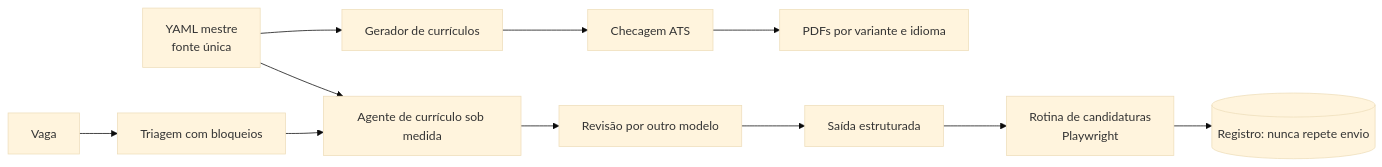
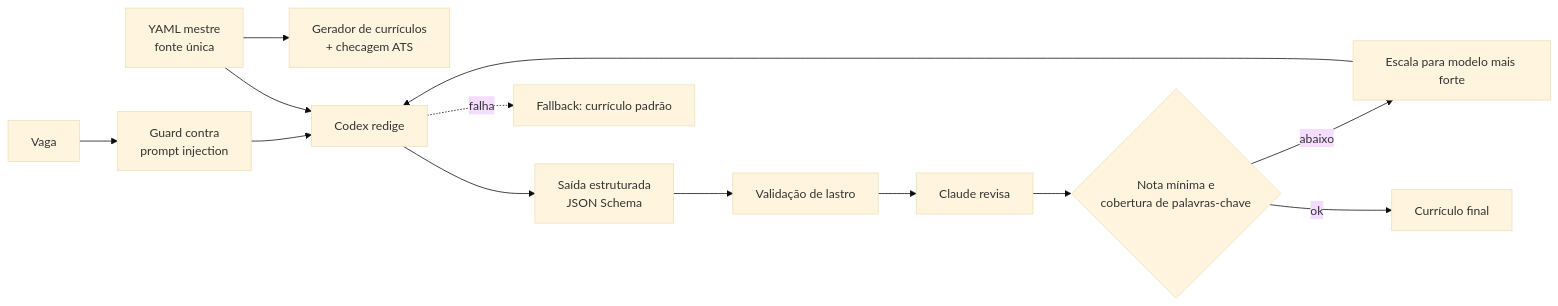
One commit to DevAlify/engineering-cases changed the diagram in cases/career-automation.md. Above: the diagram before and after it, drawn with Mermaid (base theme). The commit also changed other lines of this file and 7 other files, not shown here.

````diff
--- a/cases/career-automation.md
+++ b/cases/career-automation.md
@@ -15,13 +15,15 @@
 ```mermaid
 flowchart LR
-  Y[YAML mestre<br/>fonte única] --> G[Gerador de currículos]
-  G --> ATS[Checagem ATS]
-  ATS --> PDF[PDFs por variante e idioma]
-  V[Vaga] --> TR[Triagem com bloqueios]
-  TR --> AG[Agente de currículo sob medida]
-  Y --> AG
-  AG --> RV[Revisão por outro modelo]
-  RV --> OUT[Saída estruturada]
-  OUT --> RT[Rotina de candidaturas<br/>Playwright]
-  RT --> REG[(Registro: nunca repete envio)]
+  Y[YAML mestre<br/>fonte única] --> G[Gerador de currículos<br/>+ checagem ATS]
+  V[Vaga] --> GU[Guard contra<br/>prompt injection]
+  GU --> D[Codex redige]
+  Y --> D
+  D --> S[Saída estruturada<br/>JSON Schema]
+  S --> L[Validação de lastro]
+  L --> R[Claude revisa]
+  R --> N{Nota mínima e<br/>cobertura de palavras-chave}
+  N -->|abaixo| E[Escala para modelo mais forte]
+  E --> D
+  N -->|ok| OUT[Currículo final]
+  D -. falha .-> FB[Fallback: currículo padrão]
 ```
````
